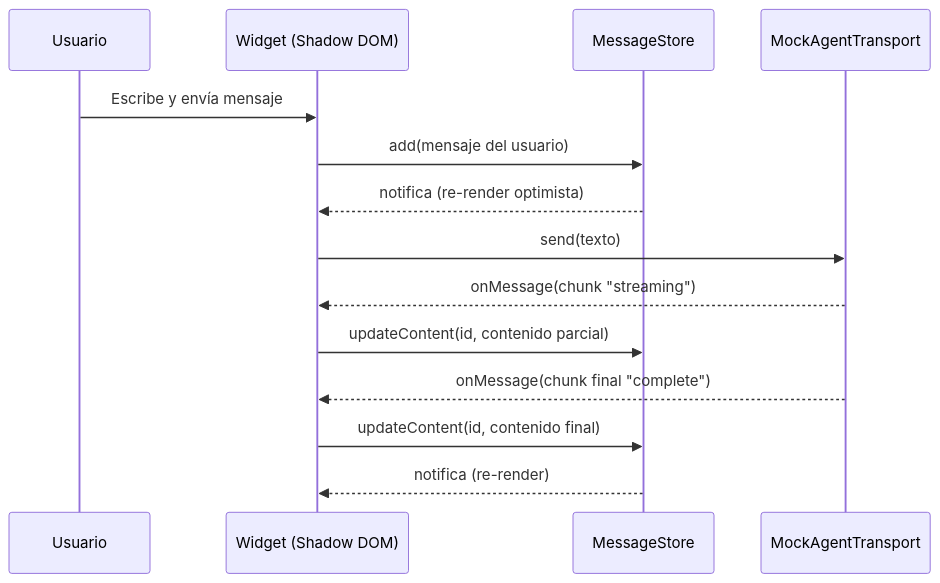
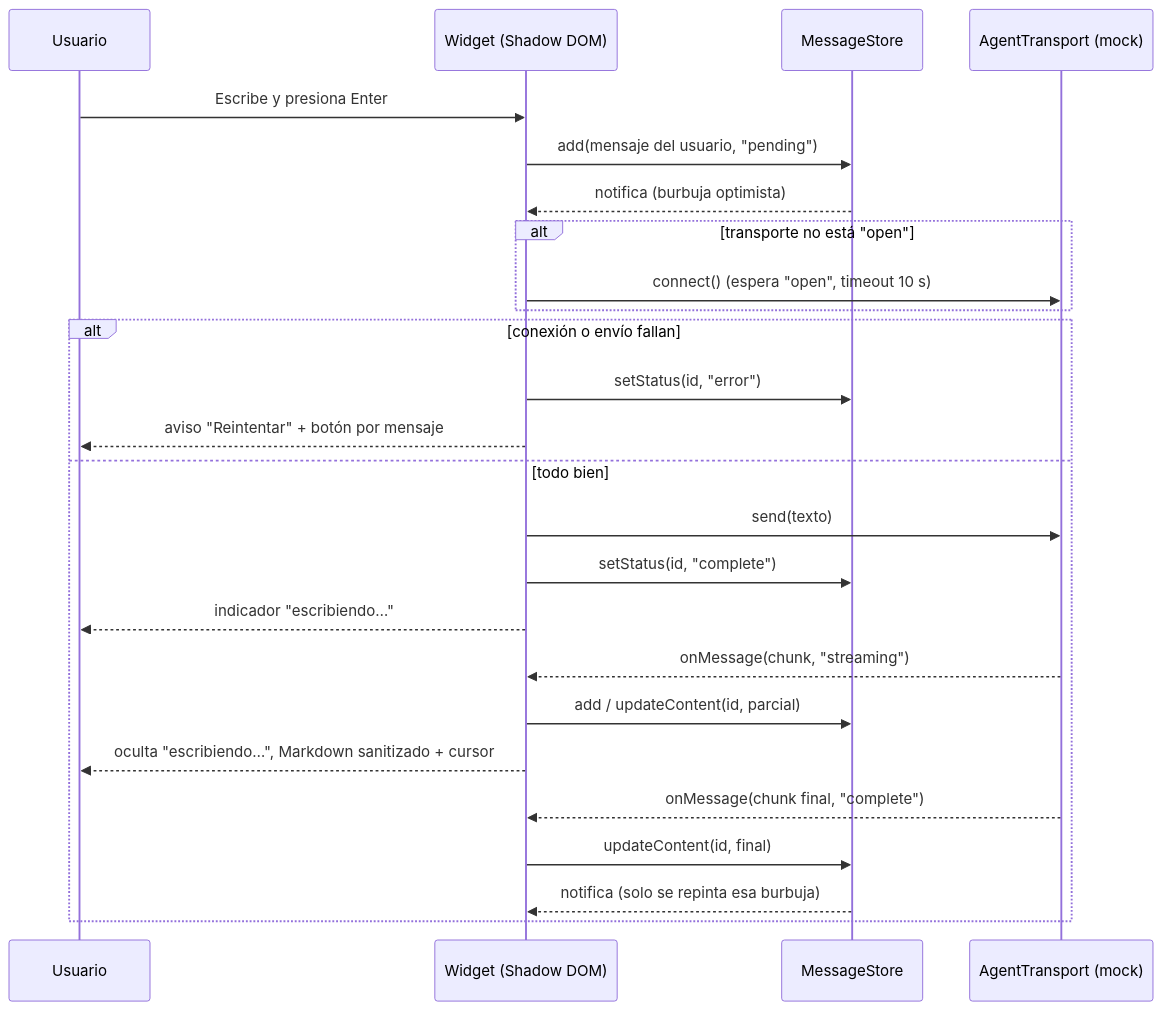
Before and after one commit to Josero31/Proyecto-1IA: the second of 2 diagrams in README.md, drawn with Mermaid. The commit also changed other lines of this file and 35 other files, not shown here.

Commit message:
feat: diseño visual, Markdown sanitizado, estados de UX y empaquetado v1.0.0

````diff
--- a/README.md
+++ b/README.md
@@ -76,17 +89,28 @@
 ```mermaid
 sequenceDiagram
     participant U as Usuario
     participant W as Widget (Shadow DOM)
     participant S as MessageStore
-    participant T as MockAgentTransport
+    participant T as AgentTransport (mock)
 
-    U->>W: Escribe y envía mensaje
-    W->>S: add(mensaje del usuario)
-    S-->>W: notifica (re-render optimista)
-    W->>T: send(texto)
-    T-->>W: onMessage(chunk "streaming")
-    W->>S: updateContent(id, contenido parcial)
-    T-->>W: onMessage(chunk final "complete")
-    W->>S: updateContent(id, contenido final)
-    S-->>W: notifica (re-render)
+    U->>W: Escribe y presiona Enter
+    W->>S: add(mensaje del usuario, "pending")
+    S-->>W: notifica (burbuja optimista)
+    alt transporte no está "open"
+        W->>T: connect() (espera "open", timeout 10 s)
+    end
+    alt conexión o envío fallan
+        W->>S: setStatus(id, "error")
+        W-->>U: aviso "Reintentar" + botón por mensaje
+    else todo bien
+        W->>T: send(texto)
+        W->>S: setStatus(id, "complete")
+        W-->>U: indicador "escribiendo…"
+        T-->>W: onMessage(chunk, "streaming")
+        W->>S: add / updateContent(id, parcial)
+        W-->>U: oculta "escribiendo…", Markdown sanitizado + cursor
+        T-->>W: onMessage(chunk final, "complete")
+        W->>S: updateContent(id, final)
+        S-->>W: notifica (solo se repinta esa burbuja)
+    end
 ```
````
